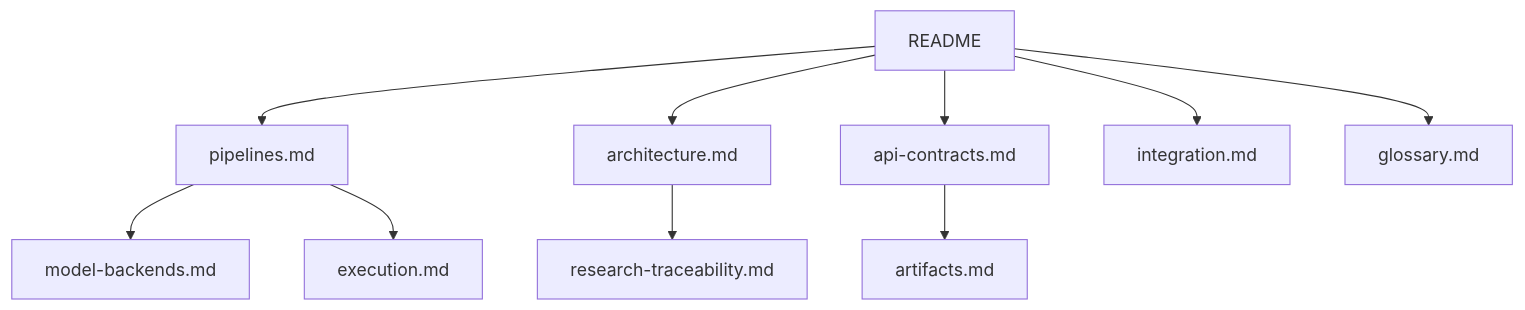
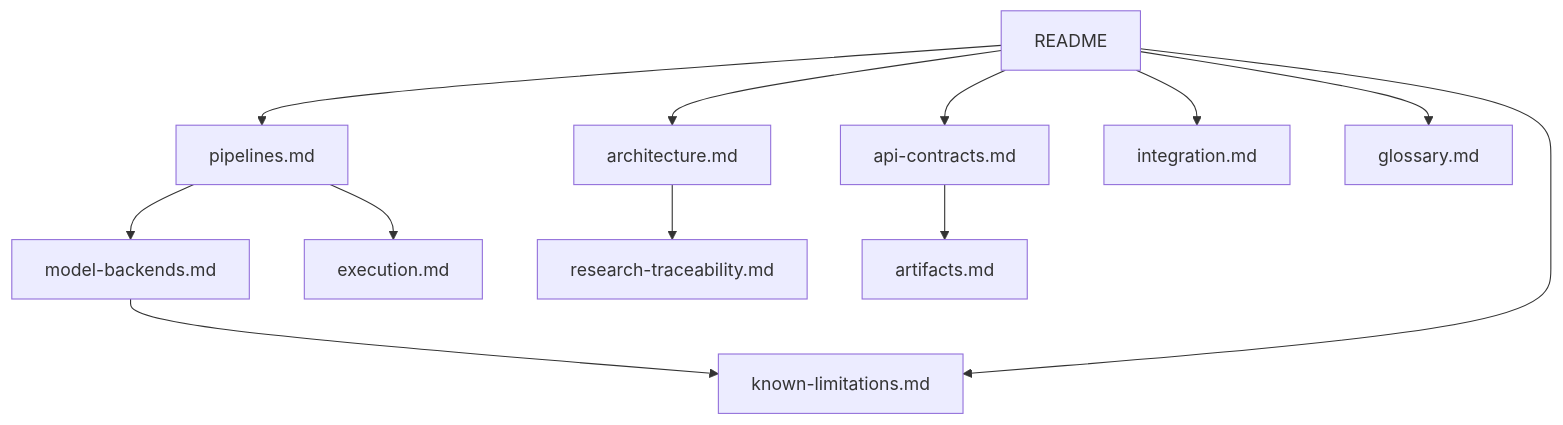
One commit to Alexandre-Tortoza/contextual-3d-mapping changed the diagram in modules/visual-perception/docs/README.md. Above: the diagram before and after it, drawn with Mermaid. The commit also changed other lines of this file and 1 other file, not shown here.

First line of the commit message:
Record the open limitations measured on the reference frames

````diff
--- a/modules/visual-perception/docs/README.md
+++ b/modules/visual-perception/docs/README.md
@@ -79,12 +81,14 @@
 ```mermaid
 flowchart TD
     R[README] --> P[pipelines.md]
     R --> A[architecture.md]
     R --> C[api-contracts.md]
     R --> I[integration.md]
     P --> B[model-backends.md]
     P --> E[execution.md]
     C --> T[artifacts.md]
     A --> Q[research-traceability.md]
     R --> G[glossary.md]
+    R --> L[known-limitations.md]
+    B --> L
 ```
````
